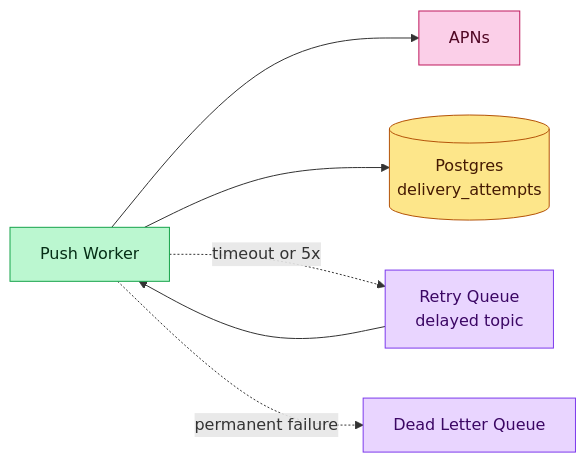
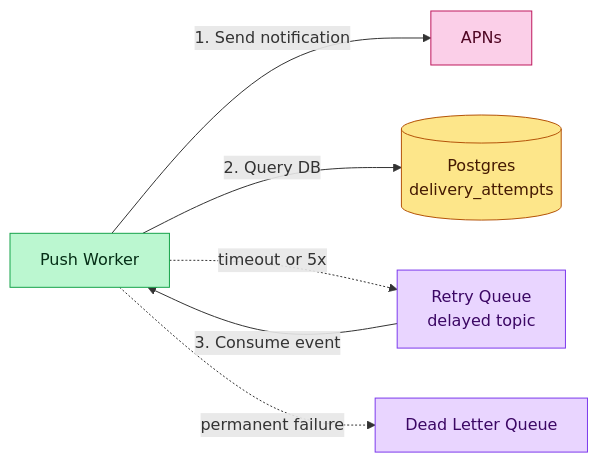
Before and after one commit to iluzn/HLD-Designs: the fifth of 16 diagrams in content/hld/NotificationSystem.md, drawn with Mermaid. The commit also changed other lines of this file and 27 other files, not shown here.

````diff
--- a/content/hld/NotificationSystem.md
+++ b/content/hld/NotificationSystem.md
@@ -427,19 +427,19 @@
 ```mermaid
 flowchart LR
     PUSH["Push Worker"]:::service
     APNS["APNs"]:::external
     ATTEMPT[("Postgres<br/>delivery_attempts")]:::data
     RETRY["Retry Queue<br/>delayed topic"]:::async
     DLQ["Dead Letter Queue"]:::async
 
-    PUSH --> APNS
-    PUSH --> ATTEMPT
+    PUSH -->|"1. Send notification"| APNS
+    PUSH -->|"2. Query DB"| ATTEMPT
     PUSH -.timeout or 5xx.-> RETRY
-    RETRY --> PUSH
+    RETRY -->|"3. Consume event"| PUSH
     PUSH -.permanent failure.-> DLQ
 
     classDef service fill:#bbf7d0,stroke:#16a34a,color:#052e16
     classDef async fill:#e9d5ff,stroke:#7c3aed,color:#3b0764
     classDef external fill:#fbcfe8,stroke:#be185d,color:#500724
     classDef data fill:#fde68a,stroke:#b45309,color:#451a03
 ```
````
